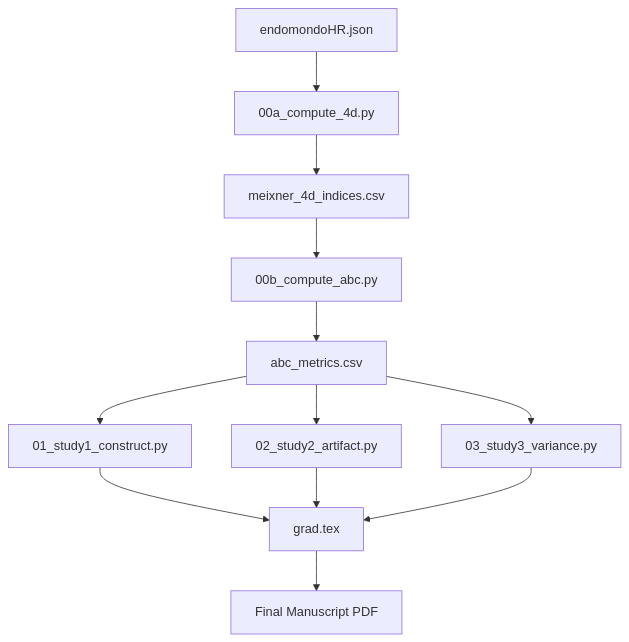
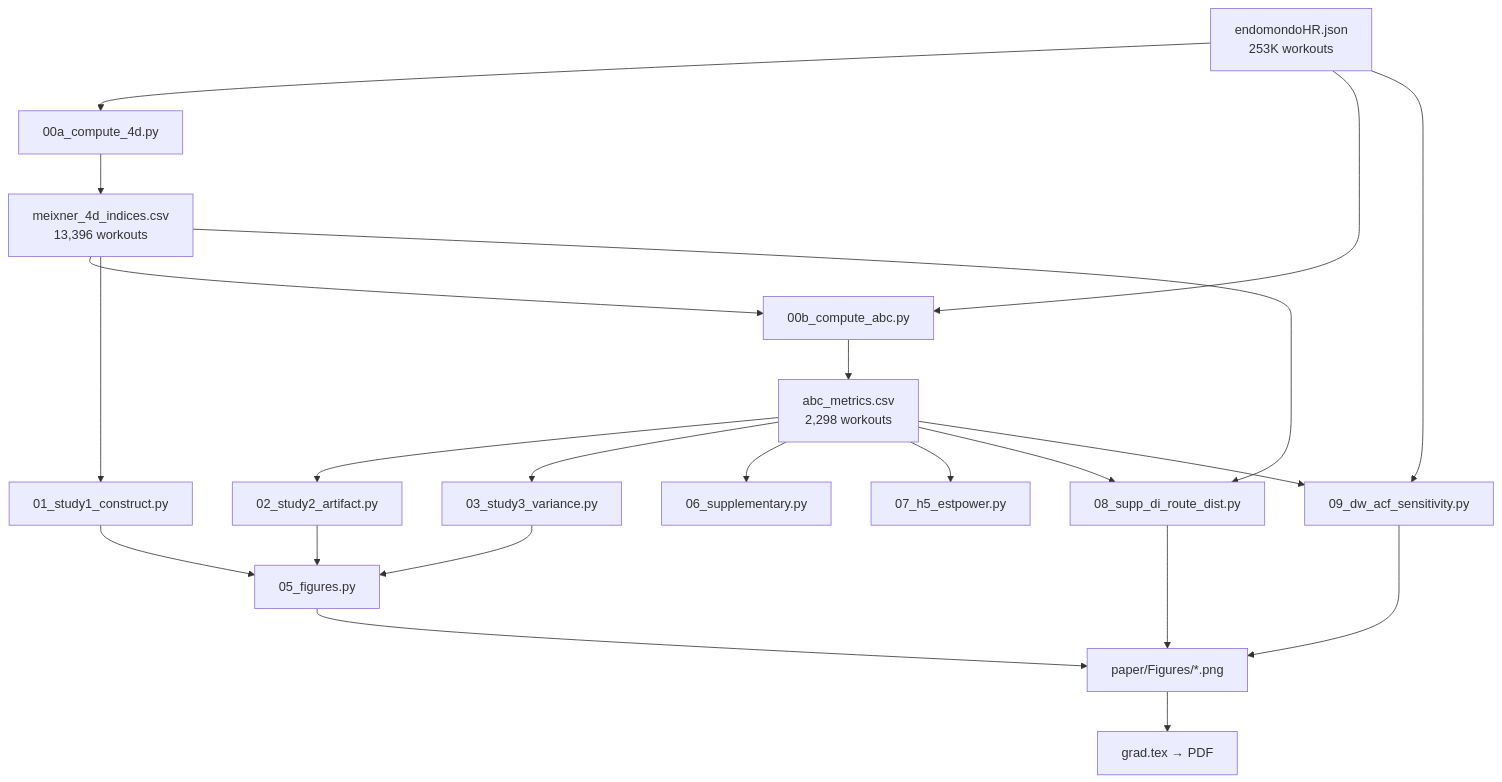
The diagram in README.md (ikari12/GRAD), drawn with Mermaid before and after one commit. The commit also changed other lines of this file and 18 other files, not shown here.

First line of the commit message:
Round 2 revision: split DW/ACF figures, add RI-Jones gap, HAC caveat, optical HR citations

````diff
--- a/README.md
+++ b/README.md
@@ -26,14 +26,20 @@
 ```mermaid
 graph TD
-    A[endomondoHR.json] --> B[00a_compute_4d.py]
-    B --> C[meixner_4d_indices.csv]
-    C --> D[00b_compute_abc.py]
-    D --> E[abc_metrics.csv]
-    E --> F[01_study1_construct.py]
+    A[endomondoHR.json<br>253K workouts] --> B[00a_compute_4d.py]
+    B --> C[meixner_4d_indices.csv<br>13,396 workouts]
+    A --> D[00b_compute_abc.py]
+    C --> D
+    D --> E[abc_metrics.csv<br>2,298 workouts]
+    C --> F[01_study1_construct.py]
     E --> G[02_study2_artifact.py]
     E --> H[03_study3_variance.py]
-    F --> I[grad.tex]
-    G --> I
-    H --> I
-    I --> J[Final Manuscript PDF]
+    E --> I[06_supplementary.py]
+    E --> J[07_h5_estpower.py]
+    C & E --> K[08_supp_di_route_dist.py]
+    A & E --> L[09_dw_acf_sensitivity.py]
+    F & G & H --> M[05_figures.py]
+    M --> N["paper/Figures/*.png"]
+    K --> N
+    L --> N
+    N --> O[grad.tex → PDF]
 ```
````
